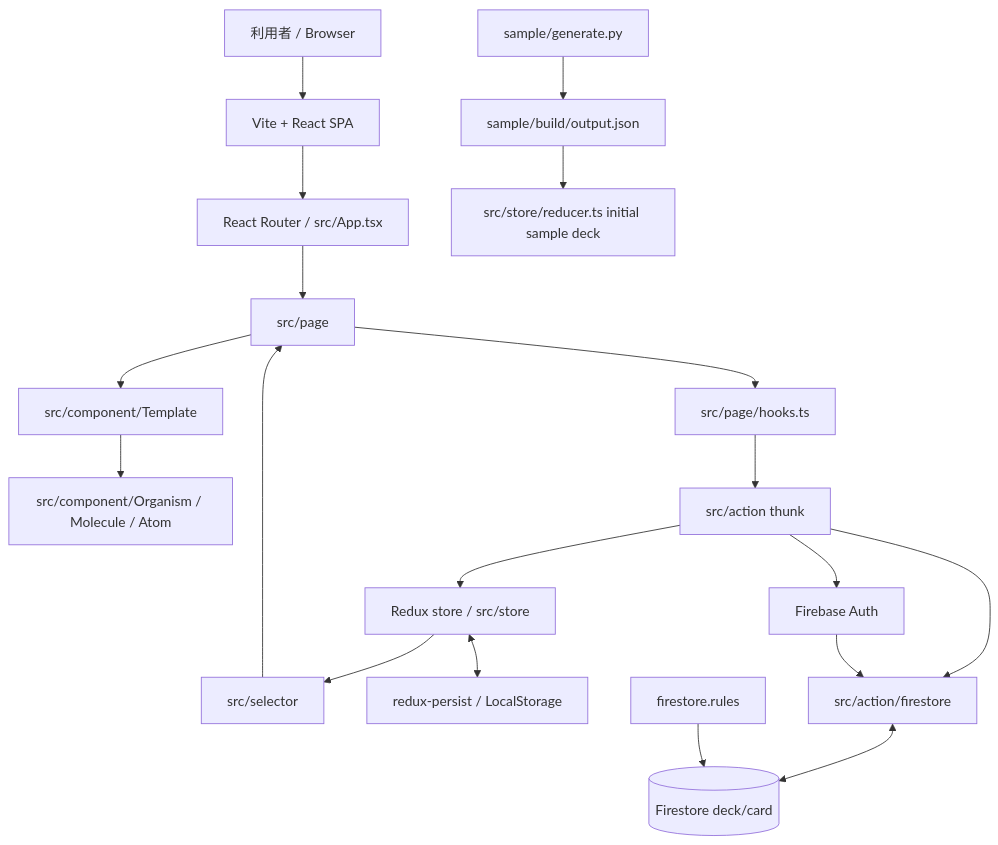
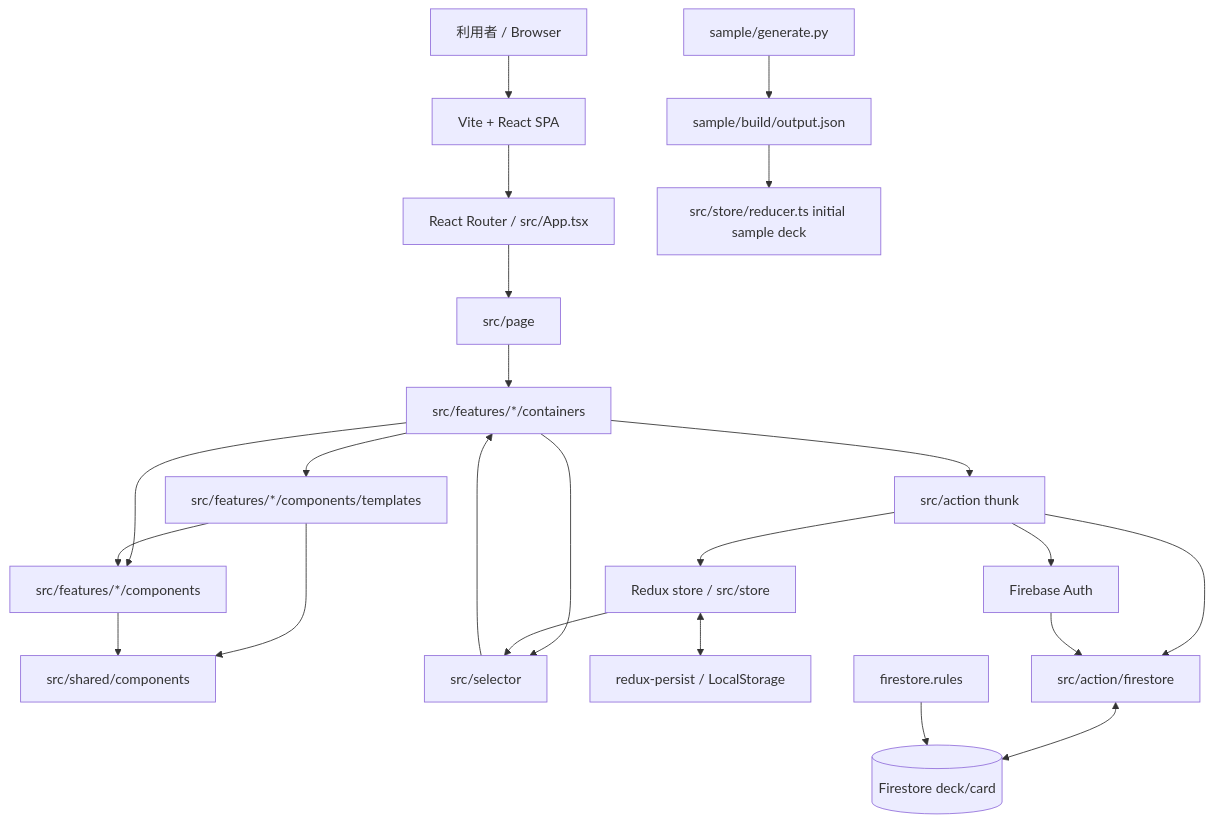
One commit to her0e1c1/tango changed the first of 3 diagrams in docs/summary/architecture.md. Above: the diagram before and after it, drawn with Mermaid. The commit also changed other lines of this file and 40 other files, not shown here.

Commit message:
docs: describe feature-based component architecture

````diff
--- a/docs/summary/architecture.md
+++ b/docs/summary/architecture.md
@@ -5,25 +5,29 @@
 ```mermaid
 flowchart TD
     User[利用者 / Browser] --> SPA[Vite + React SPA]
     SPA --> Router[React Router / src/App.tsx]
     Router --> Pages[src/page]
-    Pages --> Hooks[src/page/hooks.ts]
-    Pages --> Templates[src/component/Template]
-    Templates --> UI[src/component/Organism / Molecule / Atom]
+    Pages --> Containers[src/features/*/containers]
+    Containers --> Templates[src/features/*/components/templates]
+    Containers --> FeatureUI[src/features/*/components]
+    Templates --> FeatureUI
+    Templates --> SharedUI[src/shared/components]
+    FeatureUI --> SharedUI
 
-    Hooks --> Actions[src/action thunk]
+    Containers --> Actions[src/action thunk]
+    Containers --> Selectors[src/selector]
     Actions --> Store[Redux store / src/store]
     Store --> Selectors[src/selector]
-    Selectors --> Pages
+    Selectors --> Containers
     Store <--> Persist[redux-persist / LocalStorage]
 
     Actions --> FirebaseAuth[Firebase Auth]
     Actions --> FirestoreGateway[src/action/firestore]
     FirestoreGateway <--> Firestore[(Firestore deck/card)]
     FirebaseAuth --> FirestoreGateway
 
     SamplePy[sample/generate.py] --> SampleJson[sample/build/output.json]
     SampleJson --> Reducer[src/store/reducer.ts initial sample deck]
 
     FirestoreRules[firestore.rules] --> Firestore
 ```
````
